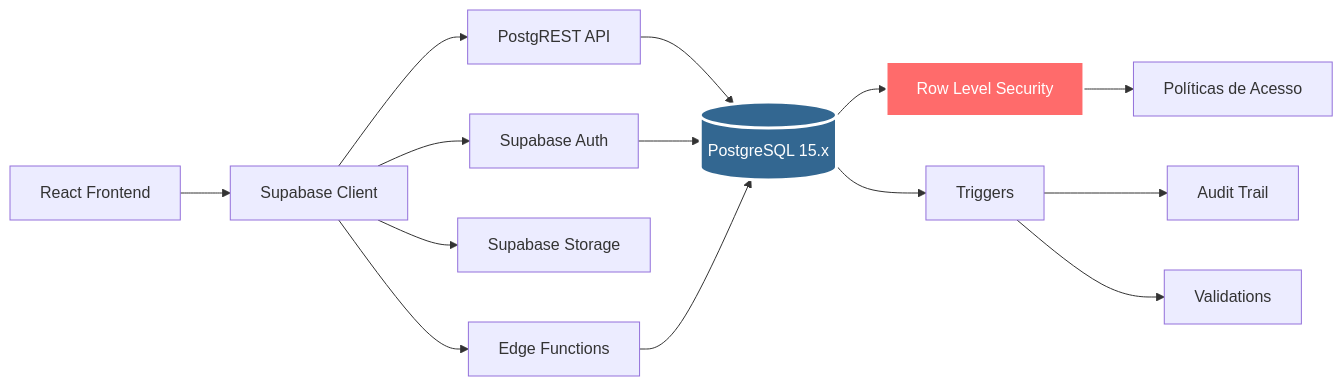
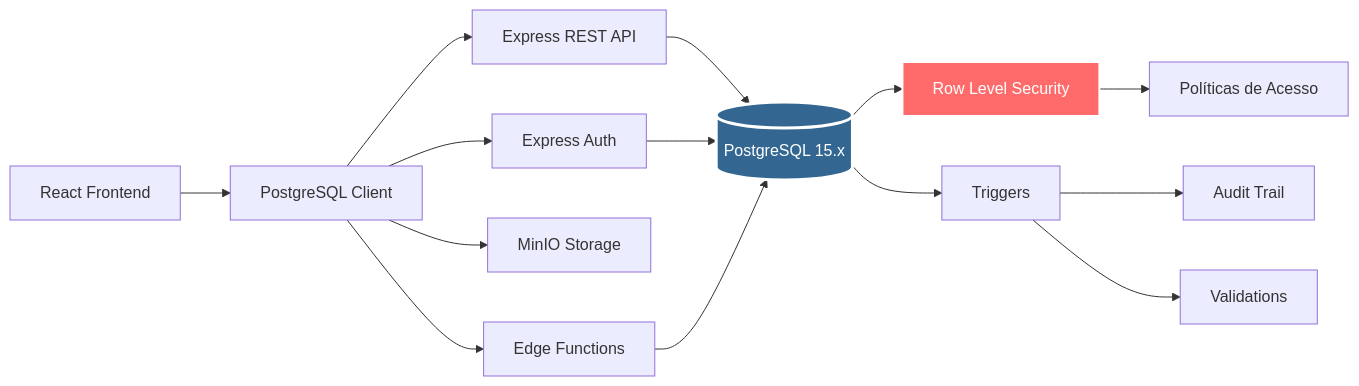
The second of 6 diagrams in docs/GUIAS-TECNICO/01-ARQUITETURA-GERAL.md (B0yZ4kr14/ortho-plus-modules-07b53a29), drawn with Mermaid before and after one commit. The commit also changed other lines of this file and 112 other files, not shown here.

First line of the commit message:
docs: add migration guides, architecture docs, and validation reports

````diff
--- a/docs/GUIAS-TECNICO/01-ARQUITETURA-GERAL.md
+++ b/docs/GUIAS-TECNICO/01-ARQUITETURA-GERAL.md
@@ -73,22 +73,22 @@
 ```mermaid
 graph LR
-    A[React Frontend] --> B[Supabase Client]
-    B --> C[PostgREST API]
-    B --> D[Supabase Auth]
-    B --> E[Supabase Storage]
+    A[React Frontend] --> B[PostgreSQL Client]
+    B --> C[Express REST API]
+    B --> D[Express Auth]
+    B --> E[MinIO Storage]
     B --> F[Edge Functions]
     
     C --> G[(PostgreSQL 15.x)]
     D --> G
     F --> G
     
     G --> H[Row Level Security]
     H --> I[Políticas de Acesso]
     
     G --> J[Triggers]
     J --> K[Audit Trail]
     J --> L[Validations]
     
     style G fill:#336791,stroke:#fff,stroke-width:3px,color:#fff
     style H fill:#ff6b6b,stroke:#fff,stroke-width:2px,color:#fff
 ```
````
